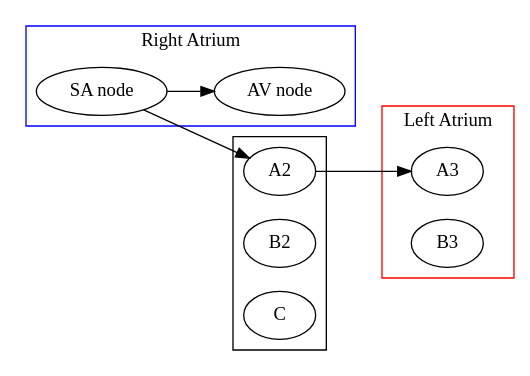
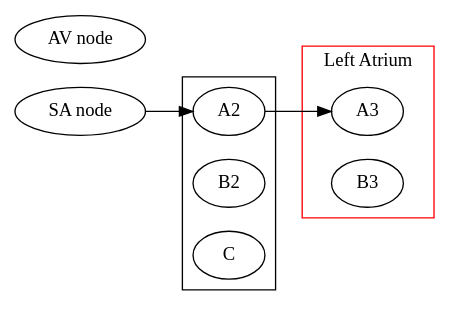
Before and after one commit to meirisoda/school_spring2024: the second of 2 diagrams in NURS380_Practicum/Topics/EKG/EKG and Rhythms.md, drawn with Graphviz.

Commit message:
vault backup: 2024-02-19 17:52:57

````diff
--- a/NURS380_Practicum/Topics/EKG/EKG and Rhythms.md
+++ b/NURS380_Practicum/Topics/EKG/EKG and Rhythms.md
@@ -209,40 +209,38 @@
 ```dot
 digraph g{
 	rankdir = LR;
 	node [shape = ellipse]
 	
 	A->A2->A3;
 
 	subgraph cluster0{
 		shape=rect;
 		rank=same;
-		rankdir=TB;
 		color=blue;
 		label="Right Atrium";
 		
 		A [label="SA node"];
 		B [label="AV node"];
 
-		A -> B
 	}
 	
 	subgraph cluster1{
 		shape = rect;
 		rank=same;
 		A2;
 		B2;
 		C;
 	}
 
 	subgraph cluster2 {
 		shape=rect;
 		rank=same;
 		color=red;
 		label="Left Atrium";
 		
 		A3;
 		B3;
 	}
-	
+{rank=same; A; B;}
 }
 ```
````
